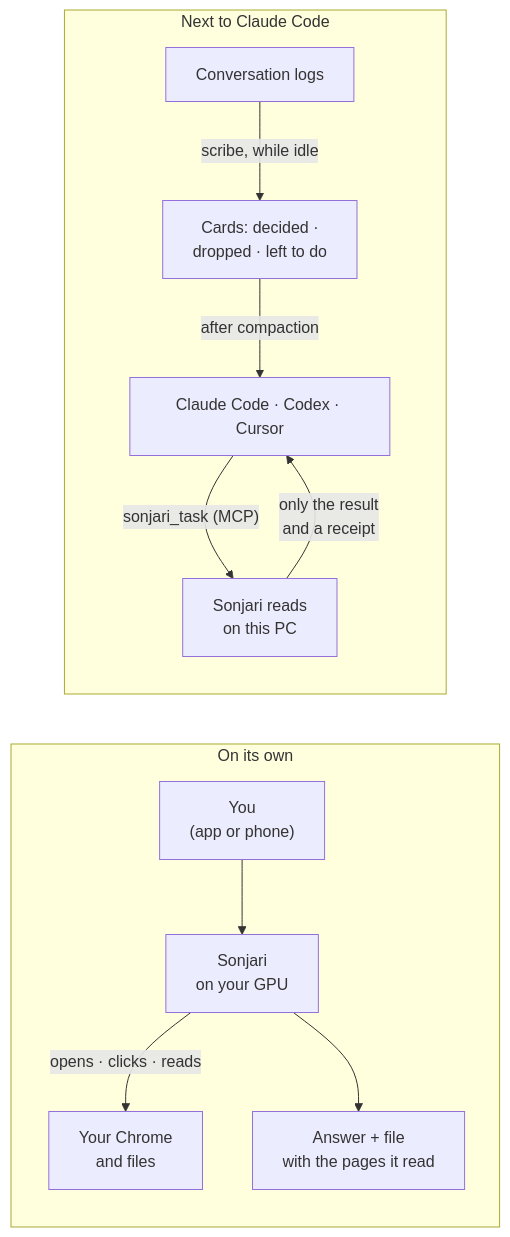
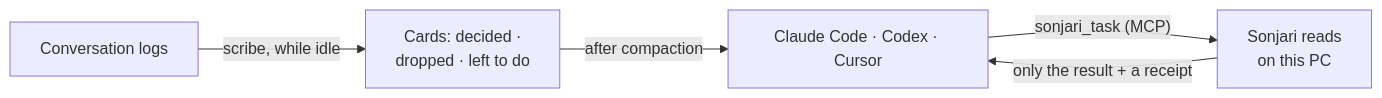
One commit to sonjari/sonjari changed the second of 2 diagrams in README.md. Above: the diagram before and after it, drawn with Mermaid. The commit also changed other lines of this file and 1 other file, not shown here.

Commit message:
README: one small diagram per side instead of one big diagram on top

````diff
--- a/README.md
+++ b/README.md
@@ -30,14 +52,7 @@
 ```mermaid
 flowchart LR
-    subgraph ON_ITS_OWN["On its own"]
-        Y["You<br/>(app or phone)"] --> S1["Sonjari<br/>on your GPU"]
-        S1 -->|"opens · clicks · reads"| C["Your Chrome<br/>and files"]
-        S1 --> R["Answer + file<br/>with the pages it read"]
-    end
-    subgraph NEXT_TO["Next to Claude Code"]
-        CC["Claude Code · Codex · Cursor"] -->|"sonjari_task (MCP)"| S2["Sonjari reads<br/>on this PC"]
-        S2 -->|"only the result<br/>and a receipt"| CC
-        L["Conversation logs"] -->|"scribe, while idle"| K["Cards: decided ·<br/>dropped · left to do"]
-        K -->|"after compaction"| CC
-    end
+    CC["Claude Code · Codex · Cursor"] -->|"sonjari_task (MCP)"| S["Sonjari reads<br/>on this PC"]
+    S -->|"only the result + a receipt"| CC
+    L["Conversation logs"] -->|"scribe, while idle"| K["Cards: decided ·<br/>dropped · left to do"]
+    K -->|"after compaction"| CC
 ```
````
